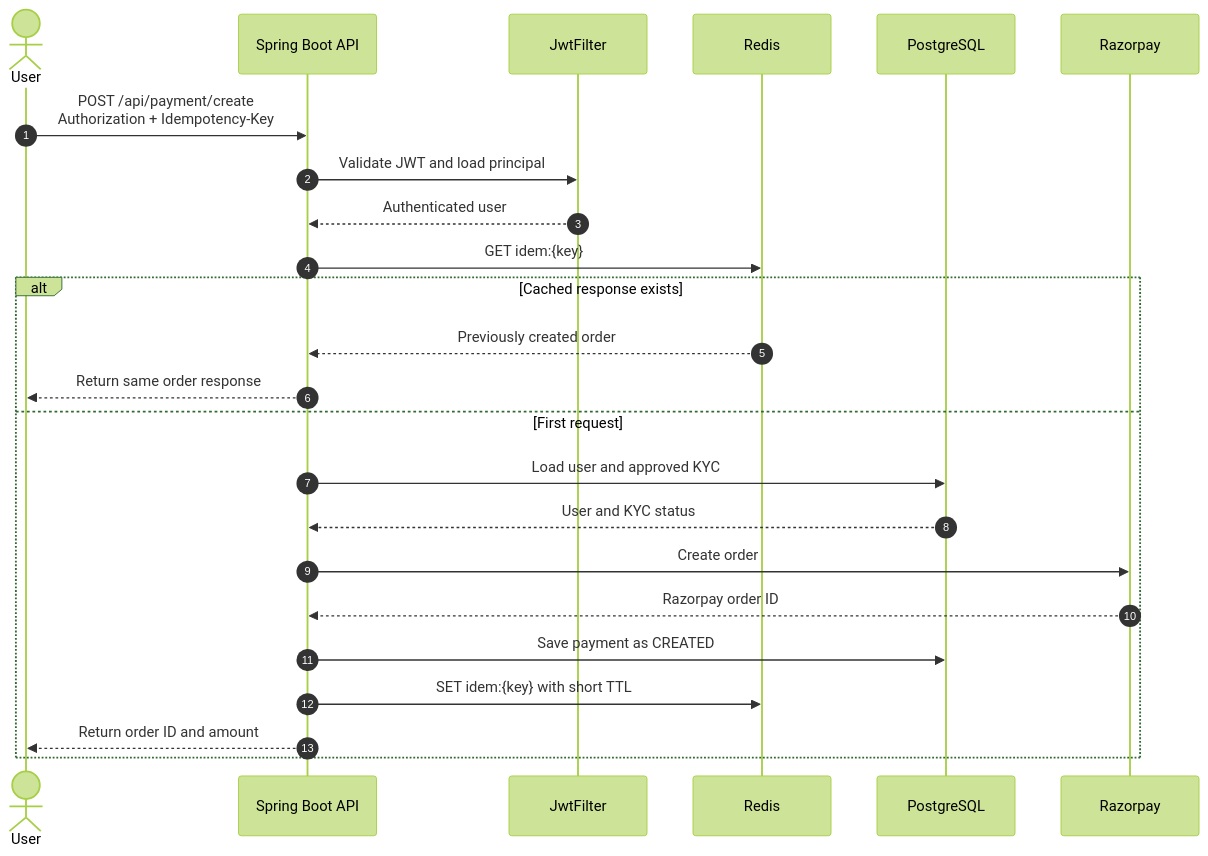
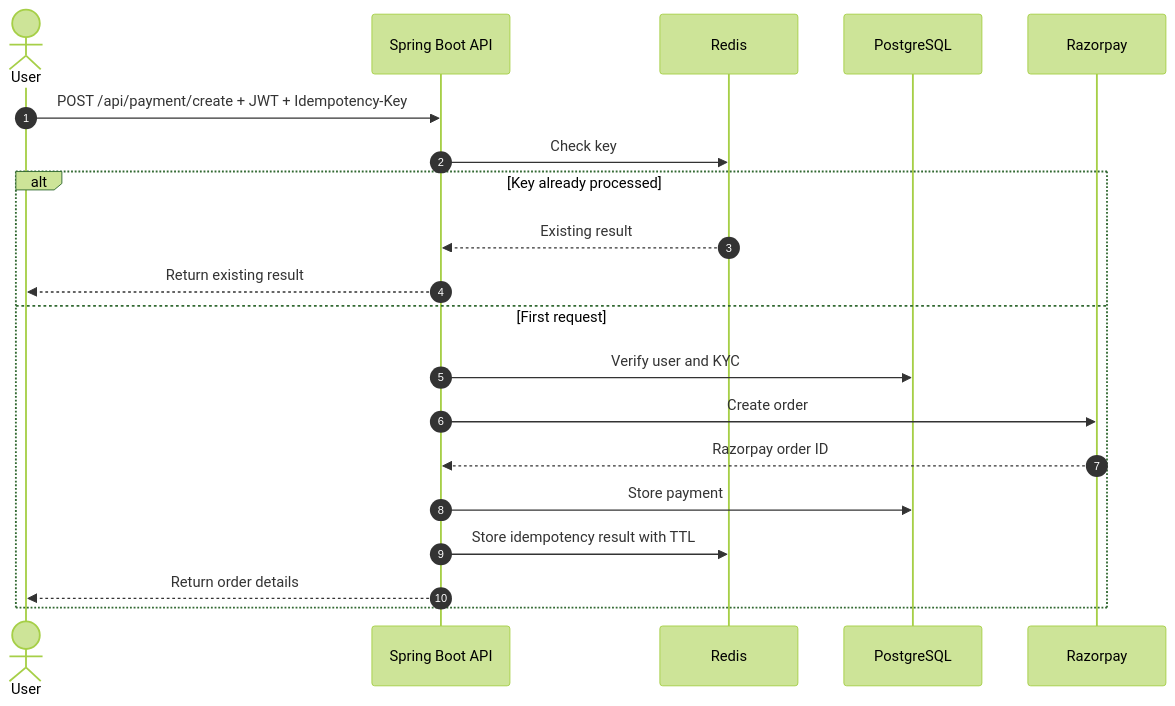
One commit to NIHAL29SINGH/securepaymentprivategateway changed the third of 4 diagrams in README.md. Above: the diagram before and after it, drawn with Mermaid (forest theme). The commit also changed other lines of this file, not shown here.

````diff
--- a/README.md
+++ b/README.md
@@ -114,28 +195,23 @@
 ```mermaid
 sequenceDiagram
     autonumber
     actor User
     participant API as Spring Boot API
-    participant JWT as JwtFilter
     participant Redis
     participant DB as PostgreSQL
     participant RZ as Razorpay
 
-    User->>API: POST /api/payment/create<br/>Authorization + Idempotency-Key
-    API->>JWT: Validate JWT and load principal
-    JWT-->>API: Authenticated user
-    API->>Redis: GET idem:{key}
-
-    alt Cached response exists
-        Redis-->>API: Previously created order
-        API-->>User: Return same order response
+    User->>API: POST /api/payment/create + JWT + Idempotency-Key
+    API->>Redis: Check key
+    alt Key already processed
+        Redis-->>API: Existing result
+        API-->>User: Return existing result
     else First request
-        API->>DB: Load user and approved KYC
-        DB-->>API: User and KYC status
+        API->>DB: Verify user and KYC
         API->>RZ: Create order
         RZ-->>API: Razorpay order ID
-        API->>DB: Save payment as CREATED
-        API->>Redis: SET idem:{key} with short TTL
-        API-->>User: Return order ID and amount
+        API->>DB: Store payment
+        API->>Redis: Store idempotency result with TTL
+        API-->>User: Return order details
     end
 ```
````
